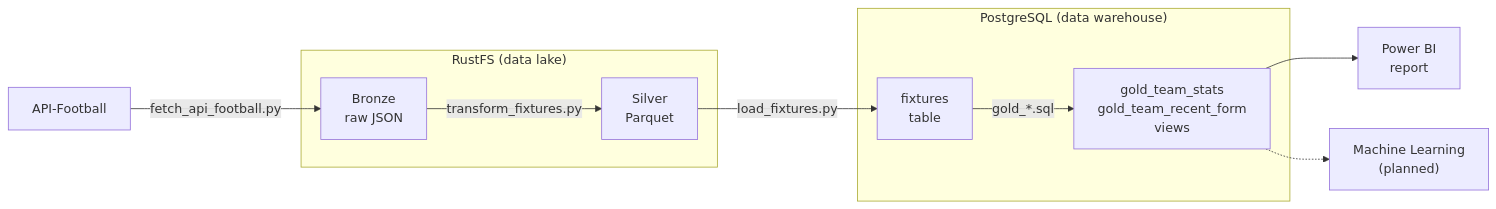
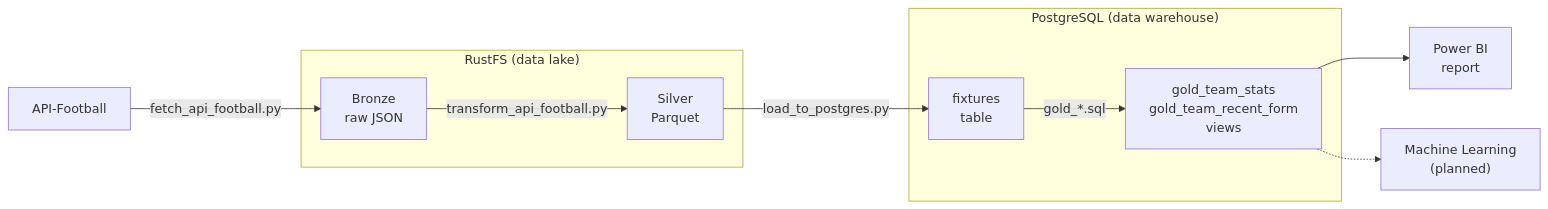
One commit to tgolecki04/football-data-pipeline changed the diagram in README.md. Above: the diagram before and after it, drawn with Mermaid. The commit also changed other lines of this file and 16 other files, not shown here.

````diff
--- a/README.md
+++ b/README.md
@@ -32,22 +34,22 @@
 ```mermaid
 flowchart LR
     API["API-Football"] -->|"fetch_api_football.py"| Bronze
 
     subgraph RustFS["RustFS (data lake)"]
         Bronze["Bronze<br/>raw JSON"]
         Silver["Silver<br/>Parquet"]
     end
 
-    Bronze -->|"transform_fixtures.py"| Silver
-    Silver -->|"load_fixtures.py"| Fixtures
+    Bronze -->|"transform_api_football.py"| Silver
+    Silver -->|"load_to_postgres.py"| Fixtures
 
     subgraph PG["PostgreSQL (data warehouse)"]
         Fixtures["fixtures<br/>table"]
         Gold["gold_team_stats<br/>gold_team_recent_form<br/>views"]
     end
 
     Fixtures -->|"gold_*.sql"| Gold
     Gold --> BI["Power BI<br/>report"]
     Gold -.-> ML["Machine Learning<br/>(planned)"]
 
 ```
````
